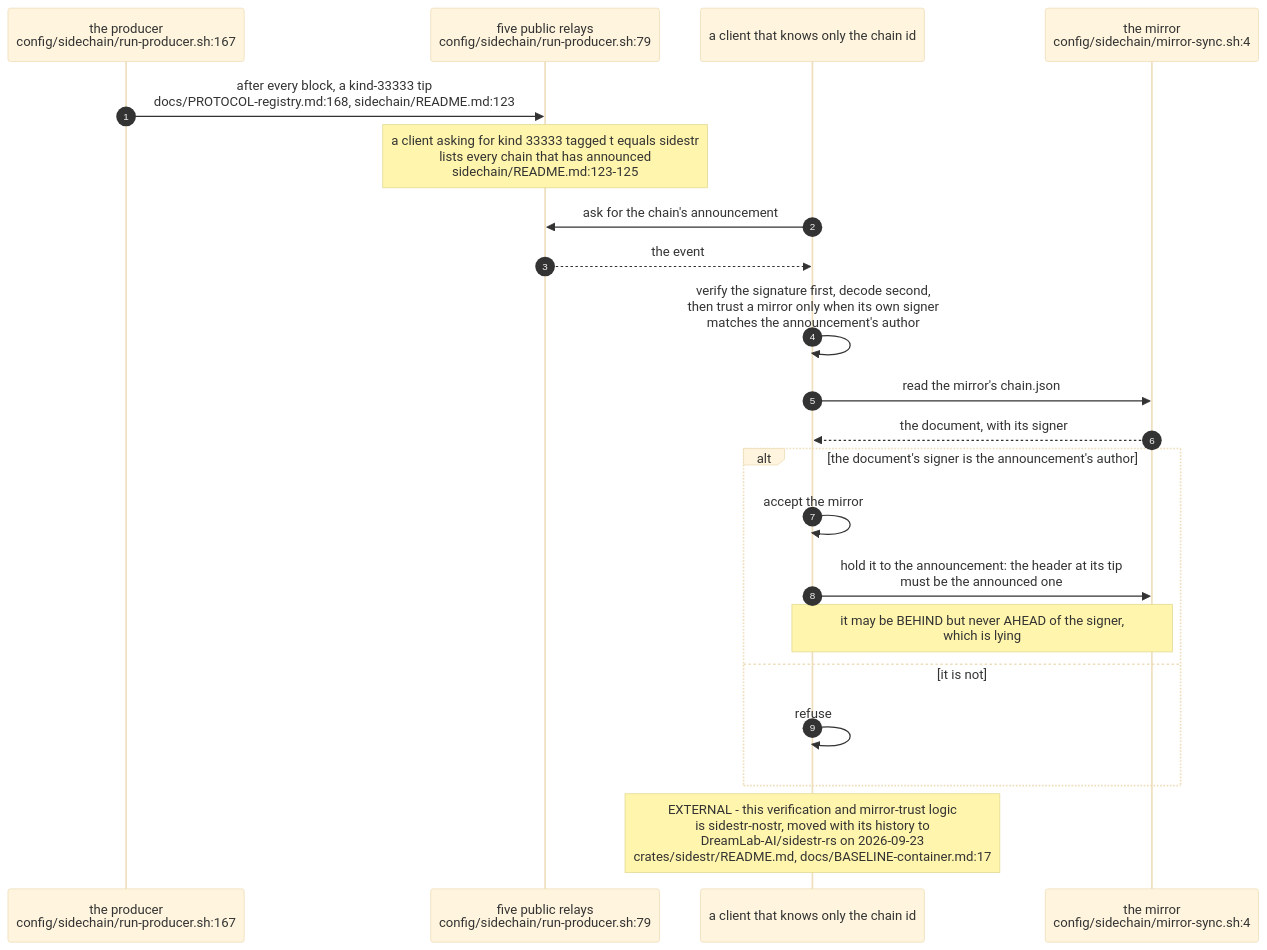
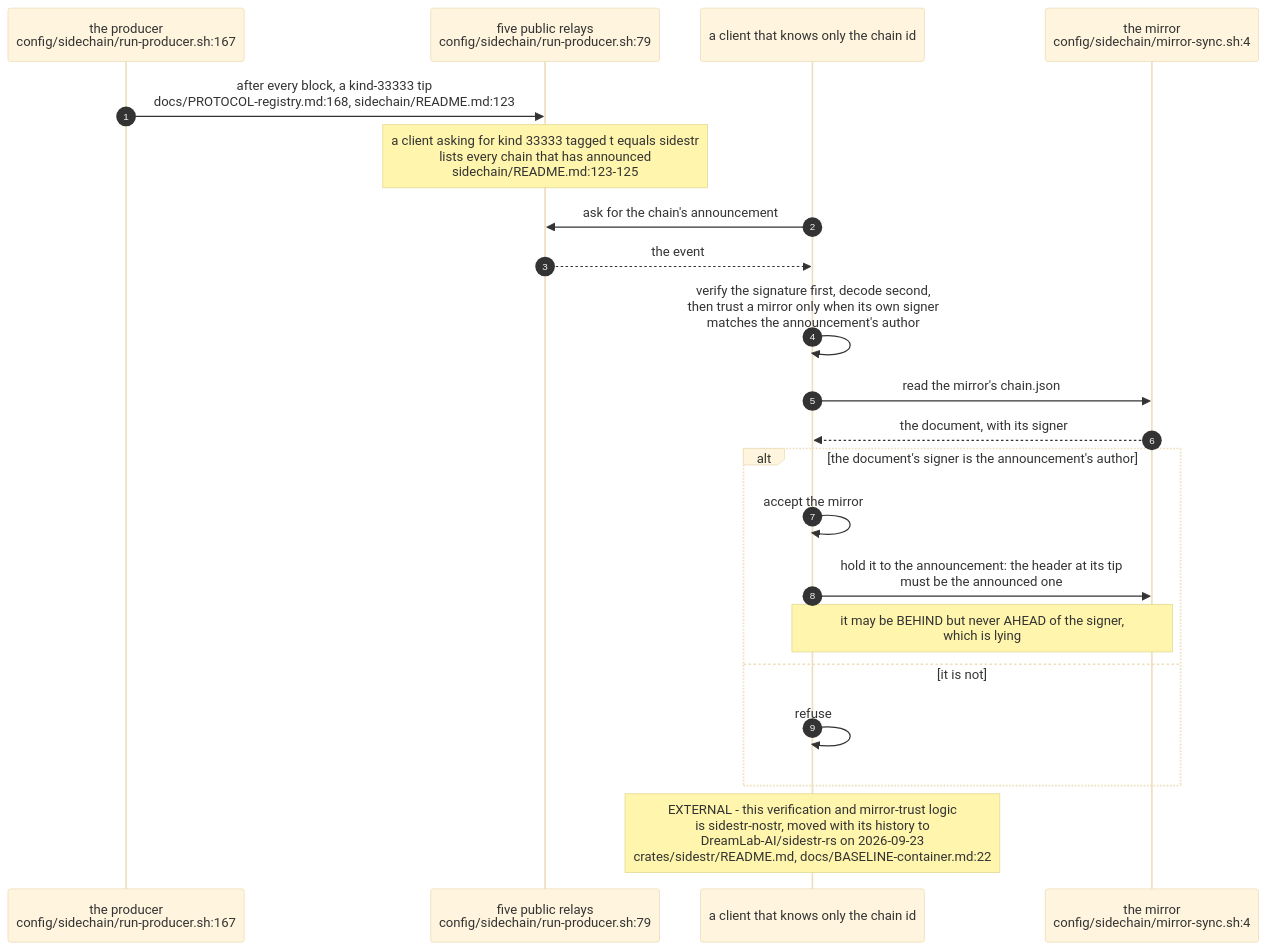
The second of 6 diagrams in docs/diagrams/agentbox/34-sidestr-interim-producer-and-mirror.md (DreamLab-AI/VisionFlow), drawn with Mermaid (base theme) before and after one commit. The commit also changed other lines of this file and 160 other files, not shown here.

````diff
--- a/docs/diagrams/agentbox/34-sidestr-interim-producer-and-mirror.md
+++ b/docs/diagrams/agentbox/34-sidestr-interim-producer-and-mirror.md
@@ -111,24 +113,24 @@
 ```mermaid
 sequenceDiagram
     autonumber
     participant PR as the producer<br/>config/sidechain/run-producer.sh:167
     participant RL as five public relays<br/>config/sidechain/run-producer.sh:79
     participant CL as a client that knows only the chain id
     participant MI as the mirror<br/>config/sidechain/mirror-sync.sh:4
 
     PR->>RL: after every block, a kind-33333 tip<br/>docs/PROTOCOL-registry.md:168, sidechain/README.md:123
     Note over RL: a client asking for kind 33333 tagged t equals sidestr<br/>lists every chain that has announced<br/>sidechain/README.md:123-125
     CL->>RL: ask for the chain's announcement
     RL-->>CL: the event
     CL->>CL: verify the signature first, decode second,<br/>then trust a mirror only when its own signer<br/>matches the announcement's author
     CL->>MI: read the mirror's chain.json
     MI-->>CL: the document, with its signer
     alt the document's signer is the announcement's author
         CL->>CL: accept the mirror
         CL->>MI: hold it to the announcement: the header at its tip<br/>must be the announced one
         Note over CL,MI: it may be BEHIND but never AHEAD of the signer,<br/>which is lying
     else it is not
         CL->>CL: refuse
     end
-    Note over CL: EXTERNAL - this verification and mirror-trust logic<br/>is sidestr-nostr, moved with its history to<br/>DreamLab-AI/sidestr-rs on 2026-09-23<br/>crates/sidestr/README.md, docs/BASELINE-container.md:17
+    Note over CL: EXTERNAL - this verification and mirror-trust logic<br/>is sidestr-nostr, moved with its history to<br/>DreamLab-AI/sidestr-rs on 2026-09-23<br/>crates/sidestr/README.md, docs/BASELINE-container.md:22
 ```
````
